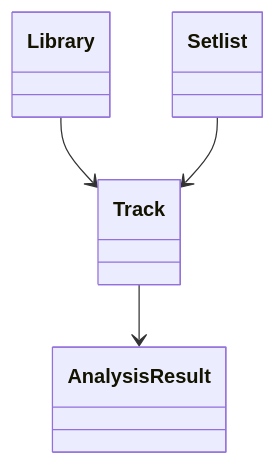
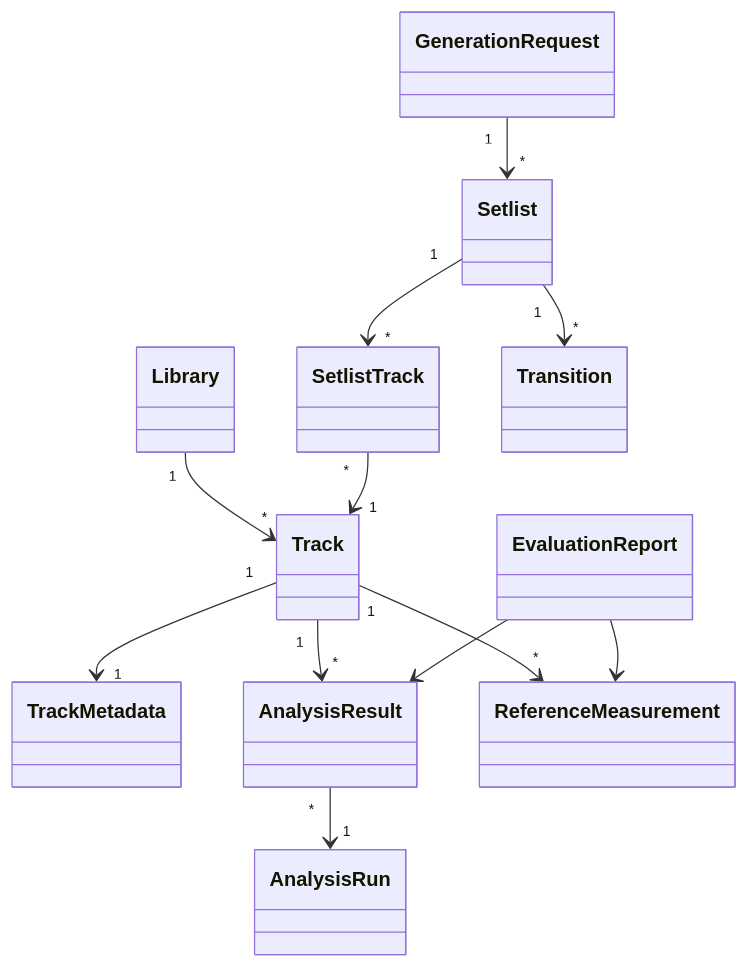
Before and after one commit to pabloo806/Trabajo-de-Fin-de-Grado: the second of 4 diagrams in docs/architecture/README.md, drawn with Mermaid.

Commit message:
Revise class diagram in architecture README
Updated the class diagram to reflect new relationships and classes.

````diff
--- a/docs/architecture/README.md
+++ b/docs/architecture/README.md
@@ -144,12 +144,44 @@
 ```mermaid
 classDiagram
 
-Library --> Track
-Track --> AnalysisResult
-Setlist --> Track
+Library "1" --> "*" Track
+
+Track "1" --> "1" TrackMetadata
+Track "1" --> "*" AnalysisResult
+
+AnalysisResult "*" --> "1" AnalysisRun
+
+GenerationRequest "1" --> "*" Setlist
+
+Setlist "1" --> "*" SetlistTrack
+Setlist "1" --> "*" Transition
+
+SetlistTrack "*" --> "1" Track
+
+Track "1" --> "*" ReferenceMeasurement
+
+EvaluationReport --> AnalysisResult
+EvaluationReport --> ReferenceMeasurement
 
 class Library
+
 class Track
+
+class TrackMetadata
+
 class AnalysisResult
+
+class AnalysisRun
+
+class GenerationRequest
+
 class Setlist
+
+class SetlistTrack
+
+class Transition
+
+class ReferenceMeasurement
+
+class EvaluationReport
 ```
````
